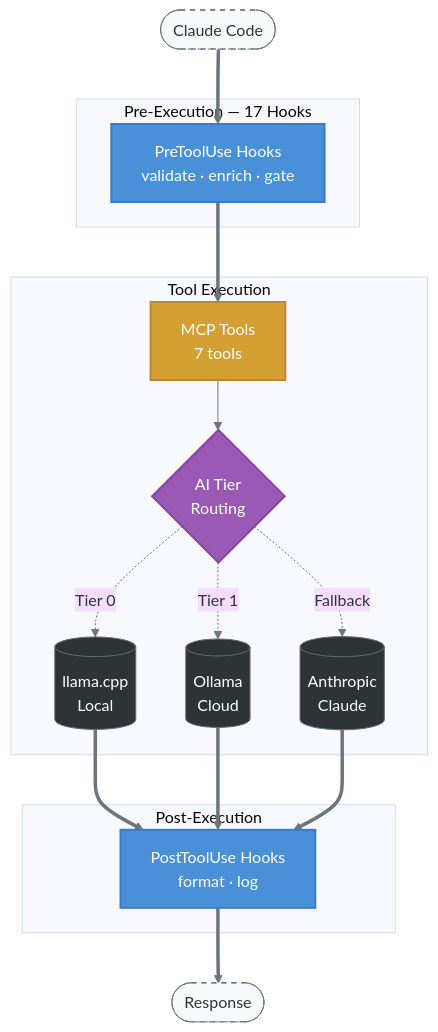
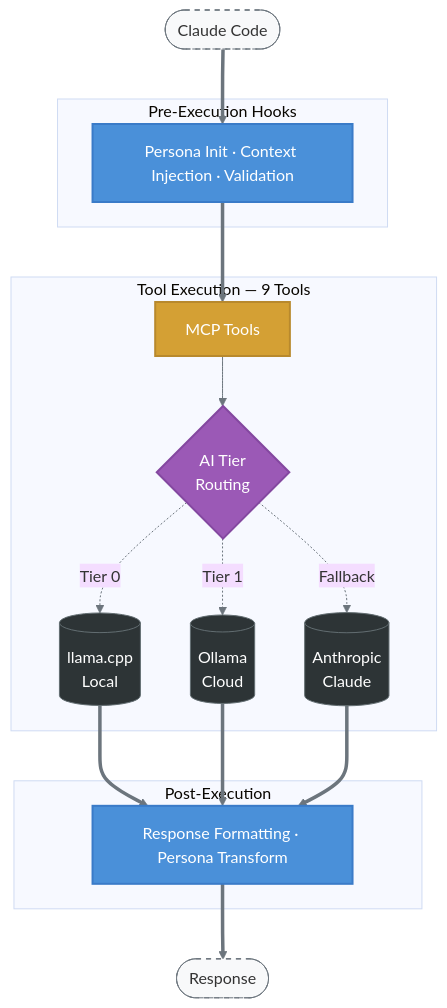
Before and after one commit to theLightArchitect/EVA: the first of 2 diagrams in README.md, drawn with Mermaid. The commit also changed other lines of this file and 14 other files, not shown here.

````diff
--- a/README.md
+++ b/README.md
@@ -22,39 +65,39 @@
 ```mermaid
 %%{init: {'theme': 'base', 'themeVariables': {'lineColor': '#6c757d'}}}%%
 flowchart TD
     A([Claude Code]) ==> B
 
-    subgraph PRE ["Pre-Execution — 17 Hooks"]
-        B["PreToolUse Hooks<br/>validate · enrich · gate"]
+    subgraph PRE ["Pre-Execution Hooks"]
+        B["Persona Init · Context Injection · Validation"]
     end
 
     B ==> C
 
-    subgraph EXEC ["Tool Execution"]
-        C["MCP Tools<br/>7 tools"]
+    subgraph EXEC ["Tool Execution — 9 Tools"]
+        C["MCP Tools"]
         C --> D{"AI Tier<br/>Routing"}
         D -.->|Tier 0| E[("llama.cpp<br/>Local")]
         D -.->|Tier 1| F[("Ollama<br/>Cloud")]
         D -.->|Fallback| G[("Anthropic<br/>Claude")]
     end
 
     E & F & G ==> H
 
     subgraph POST ["Post-Execution"]
-        H["PostToolUse Hooks<br/>format · log"]
+        H["Response Formatting · Persona Transform"]
     end
 
     H ==> I([Response])
 
     classDef hooks fill:#4a90d9,color:#fff,stroke:#3a7bc8,stroke-width:2px
     classDef tools fill:#d4a034,color:#fff,stroke:#b8892d,stroke-width:2px
     classDef router fill:#9b59b6,color:#fff,stroke:#8448a0,stroke-width:2px
     classDef provider fill:#2d3436,color:#fff,stroke:#636e72,stroke-width:1px
     classDef io fill:#f8f9fa,color:#333,stroke:#6c757d,stroke-dasharray:5 5
 
     class B,H hooks
     class C tools
     class D router
     class E,F,G provider
     class A,I io
 ```
````
